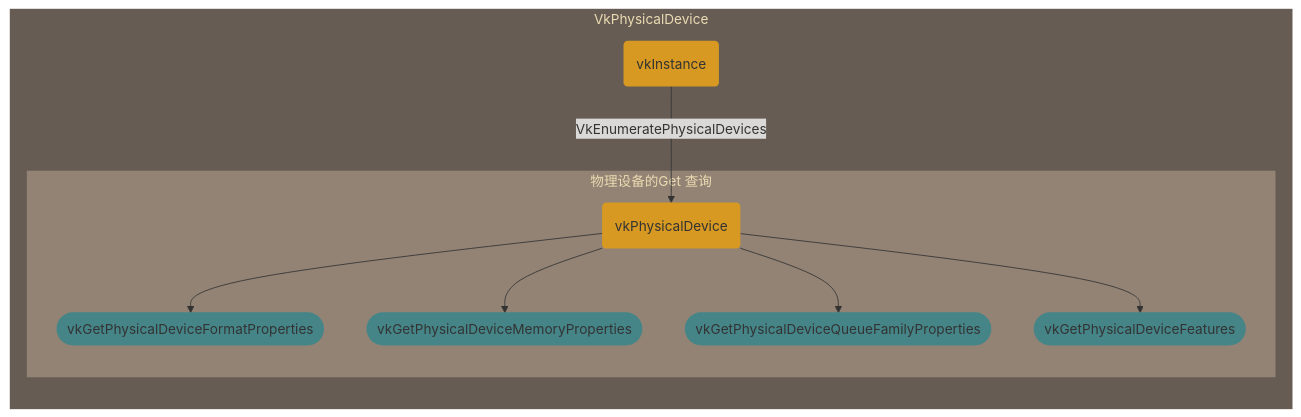
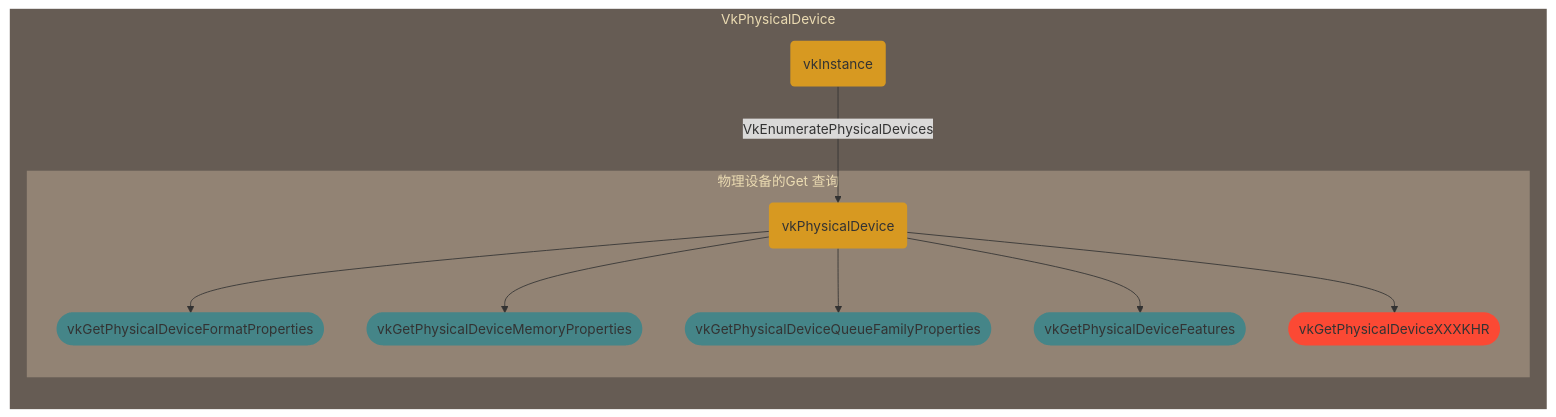
One commit to yslib/mynotes changed the third of 7 diagrams in graphics/vulkan/Overview.md. Above: the diagram before and after it, drawn with Mermaid. The commit also changed other lines of this file and 1 other file, not shown here.

````diff
--- a/graphics/vulkan/Overview.md
+++ b/graphics/vulkan/Overview.md
@@ -93,20 +93,22 @@
 ```mermaid
 graph LR
 subgraph g0[VkPhysicalDevice]
 linkStyle default interpolate basis
 i(vkInstance):::vkobj--VkEnumeratePhysicalDevices-->p(vkPhysicalDevice):::vkobj
 subgraph g1[物理设备的Get 查询]
 p-->a([vkGetPhysicalDeviceFormatProperties]):::get
 p-->c([vkGetPhysicalDeviceMemoryProperties]):::get
 p-->d([vkGetPhysicalDeviceQueueFamilyProperties]):::get
 p-->e([vkGetPhysicalDeviceFeatures]):::get
+p-->f([vkGetPhysicalDeviceXXXKHR]):::get2
 end
 end
 
 classDef field fill:#689d6a,stroke-width:0px;
 classDef vkobj fill:#d79921,stroke-width:0px;
 classDef cistyle fill:#b16286,stroke-width:0px;
 classDef get fill:#458588,stroke-width:0px;
+classDef get2 fill:#fb4934,stroke-width:0px
 style g1 fill:#928374,stroke-width:0px,color:#ebdbb2;
 style g0 fill:#665c54,stroke-width:0px,color:#ebdbb2;
 ```
````
